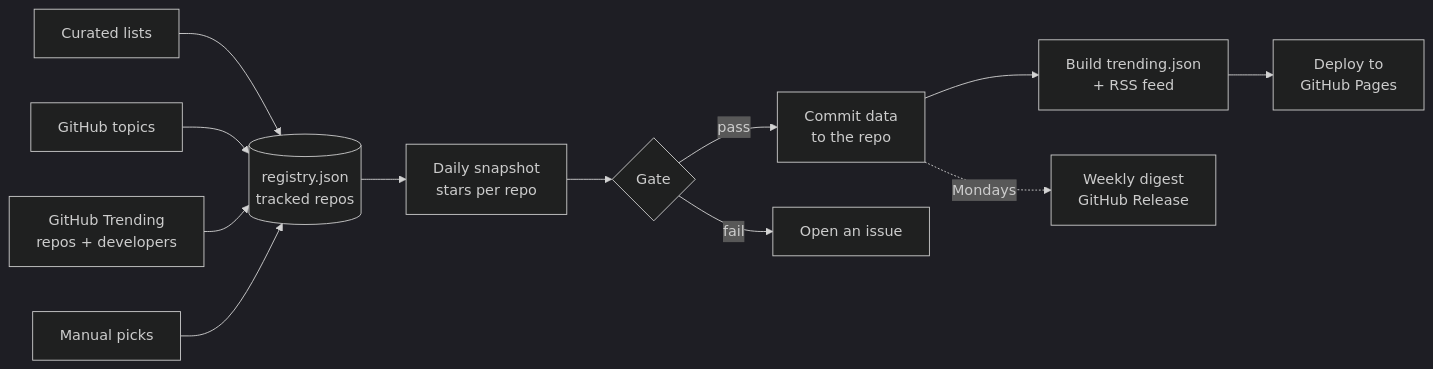
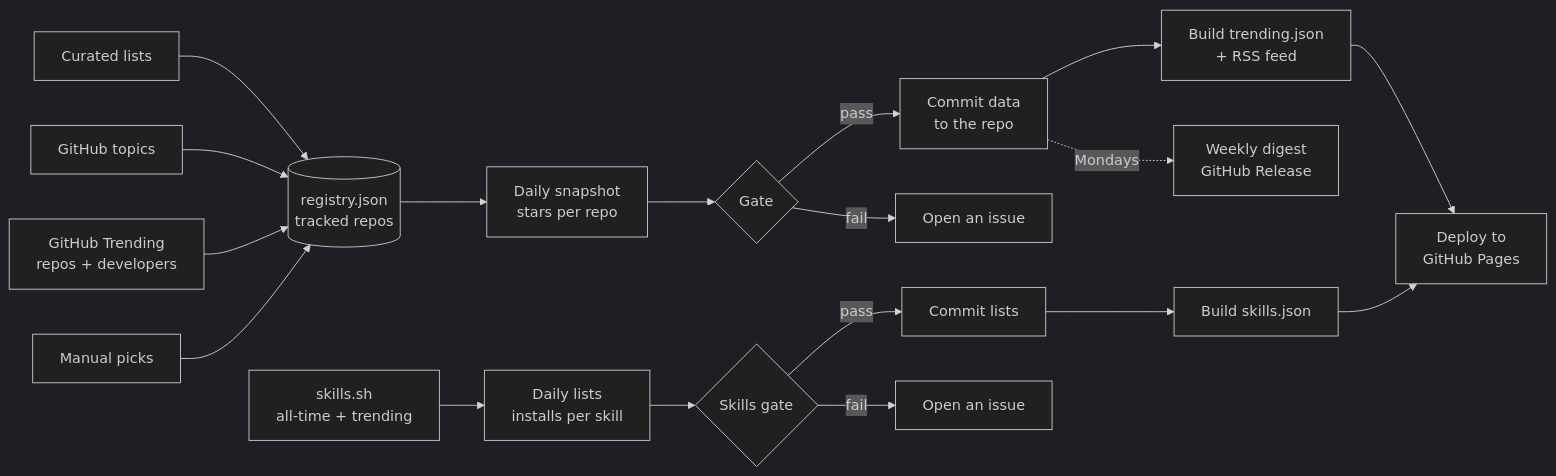
The diagram in README.md (mit2400/agent-trending), drawn with Mermaid (dark theme) before and after one commit. The commit also changed other lines of this file, not shown here.

Commit message:
docs: Skills pipeline in the flow chart, committed files, local skills commands

````diff
--- a/README.md
+++ b/README.md
@@ -92,14 +92,20 @@
 ```mermaid
 flowchart LR
   A[Curated lists] --> R
   B[GitHub topics] --> R
   C[GitHub Trending<br/>repos + developers] --> R
   M[Manual picks] --> R
   R[(registry.json<br/>tracked repos)] --> S[Daily snapshot<br/>stars per repo]
   S --> G{Gate}
   G -- pass --> K[Commit data<br/>to the repo]
   G -- fail --> I[Open an issue]
   K --> T[Build trending.json<br/>+ RSS feed]
   T --> P[Deploy to<br/>GitHub Pages]
   K -. Mondays .-> D[Weekly digest<br/>GitHub Release]
+  SK[skills.sh<br/>all-time + trending] --> SL[Daily lists<br/>installs per skill]
+  SL --> SG{Skills gate}
+  SG -- pass --> SC[Commit lists]
+  SG -- fail --> SI[Open an issue]
+  SC --> ST[Build skills.json]
+  ST --> P
 ```
````
